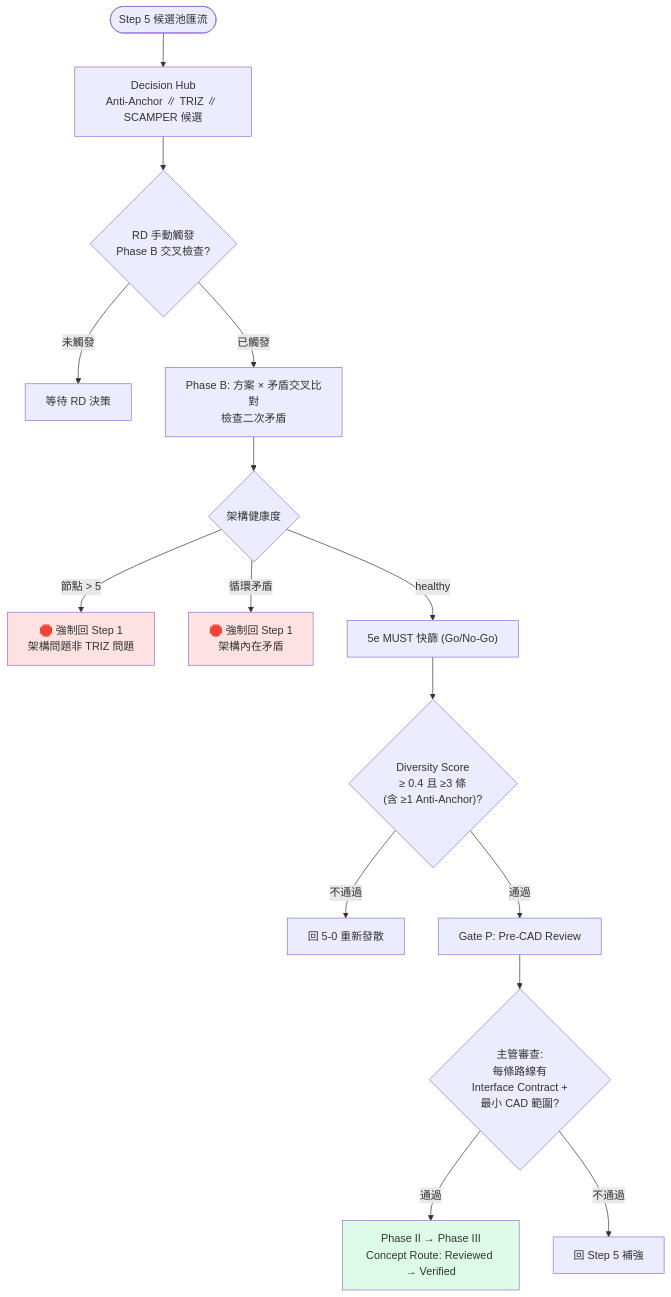
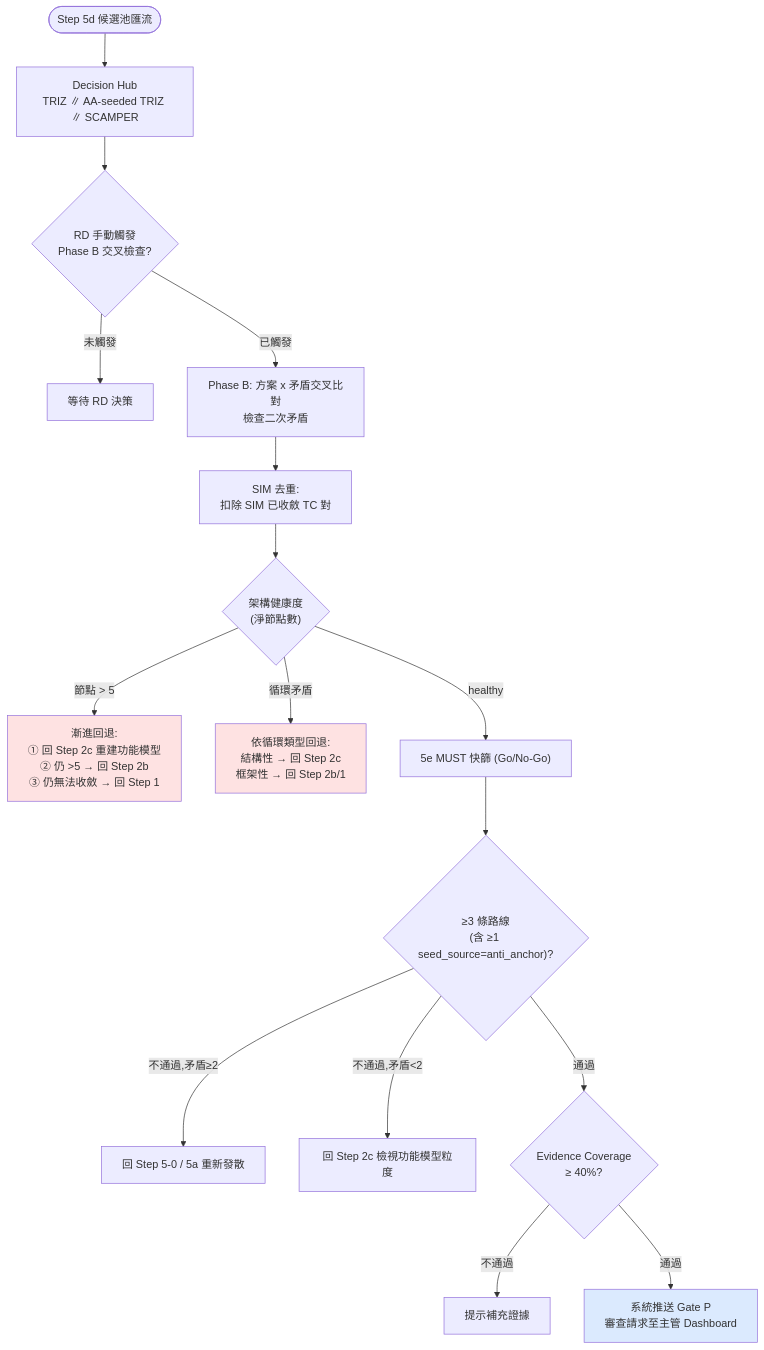
One commit to Zenobia0000/RD_copilot_system changed the fourth of 5 diagrams in docs/01-define/E3--system-interaction-flow.md. Above: the diagram before and after it, drawn with Mermaid. The commit also changed other lines of this file and 35 other files, not shown here.

````diff
--- a/docs/01-define/E3--system-interaction-flow.md
+++ b/docs/01-define/E3--system-interaction-flow.md
@@ -210,24 +253,24 @@
 ```mermaid
 flowchart TD
-    Start(["Step 5 候選池匯流"]) --> Hub["Decision Hub<br/>Anti-Anchor ∥ TRIZ ∥ SCAMPER 候選"]
+    Start(["Step 5d 候選池匯流"]) --> Hub["Decision Hub<br/>TRIZ ∥ AA-seeded TRIZ ∥ SCAMPER"]
     Hub --> PhB{"RD 手動觸發<br/>Phase B 交叉檢查?"}
     PhB -->|未觸發| Wait["等待 RD 決策"]
-    PhB -->|已觸發| Conv["Phase B: 方案 × 矛盾交叉比對<br/>檢查二次矛盾"]
+    PhB -->|已觸發| Conv["Phase B: 方案 x 矛盾交叉比對<br/>檢查二次矛盾"]
 
-    Conv --> Heat{"架構健康度"}
-    Heat -->|節點 > 5| Halt1["🛑 強制回 Step 1<br/>架構問題非 TRIZ 問題"]
-    Heat -->|循環矛盾| Halt2["🛑 強制回 Step 1<br/>架構內在矛盾"]
+    Conv --> SimDedup["SIM 去重:<br/>扣除 SIM 已收斂 TC 對"]
+    SimDedup --> Heat{"架構健康度<br/>(淨節點數)"}
+    Heat -->|節點 > 5| Halt1["漸進回退:<br/>① 回 Step 2c 重建功能模型<br/>② 仍 >5 → 回 Step 2b<br/>③ 仍無法收斂 → 回 Step 1"]
+    Heat -->|循環矛盾| Halt2["依循環類型回退:<br/>結構性 → 回 Step 2c<br/>框架性 → 回 Step 2b/1"]
     Heat -->|healthy| MUST["5e MUST 快篩 (Go/No-Go)"]
 
-    MUST --> DS{"Diversity Score<br/>≥ 0.4 且 ≥3 條<br/>(含 ≥1 Anti-Anchor)?"}
-    DS -->|不通過| Back["回 5-0 重新發散"]
-    DS -->|通過| GateP["Gate P: Pre-CAD Review"]
-
-    GateP --> TL{"主管審查:<br/>每條路線有<br/>Interface Contract +<br/>最小 CAD 範圍?"}
-    TL -->|通過| PhaseIII["Phase II → Phase III<br/>Concept Route: Reviewed → Verified"]
-    TL -->|不通過| Fix["回 Step 5 補強"]
+    MUST --> RouteCheck{"≥3 條路線<br/>(含 ≥1 seed_source=anti_anchor)?"}
+    RouteCheck -->|不通過,矛盾≥2| Back["回 Step 5-0 / 5a 重新發散"]
+    RouteCheck -->|不通過,矛盾<2| Back2["回 Step 2c 檢視功能模型粒度"]
+    RouteCheck -->|通過| EvCheck{"Evidence Coverage<br/>≥ 40%?"}
+    EvCheck -->|不通過| BackEv["提示補充證據"]
+    EvCheck -->|通過| Notify["系統推送 Gate P<br/>審查請求至主管 Dashboard"]
 
     style Halt1 fill:#FEE2E2
     style Halt2 fill:#FEE2E2
-    style PhaseIII fill:#DCFCE7
+    style Notify fill:#DBEAFE
 ```
````
